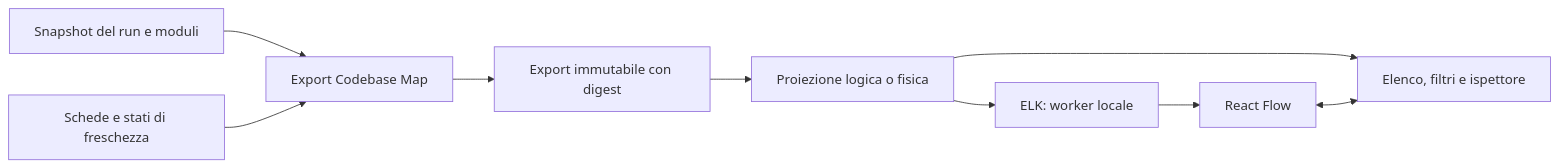
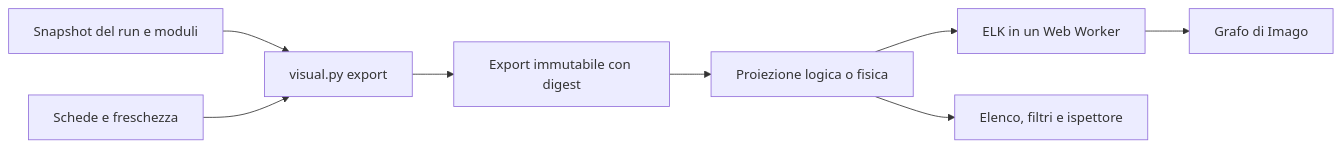
Before and after one commit to acaprino/daodan: the diagram in docs/adr/2026-11-07-codebase-explorer.md, drawn with Mermaid. The commit also changed other lines of this file and 48 other files, not shown here.

````diff
--- a/docs/adr/2026-11-07-codebase-explorer.md
+++ b/docs/adr/2026-11-07-codebase-explorer.md
@@ -18,11 +5,10 @@
 ```mermaid
 flowchart LR
-  S[Snapshot del run e moduli] --> E[Export Codebase Map]
-  C[Schede e stati di freschezza] --> E
+  S[Snapshot del run e moduli] --> E[visual.py export]
+  C[Schede e freschezza] --> E
   E --> J[Export immutabile con digest]
   J --> P[Proiezione logica o fisica]
-  P --> W[ELK: worker locale]
-  W --> R[React Flow]
+  P --> W[ELK in un Web Worker]
+  W --> R[Grafo di Imago]
   P --> I[Elenco, filtri e ispettore]
-  R <--> I
 ```
````
